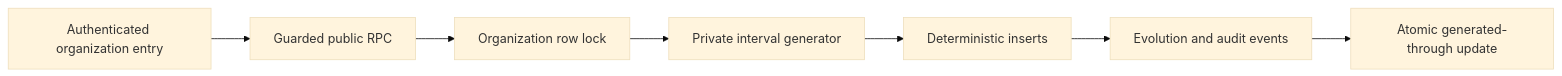
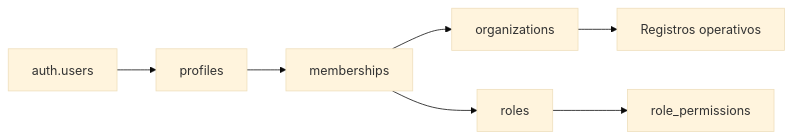
The second of 3 diagrams in docs/ARCHITECTURE.md (antoniojesusdelgado/management-platform-demo), drawn with Mermaid (base theme) before and after one commit. The commit also changed other lines of this file and 21 other files, not shown here.

````diff
--- a/docs/ARCHITECTURE.md
+++ b/docs/ARCHITECTURE.md
@@ -236,9 +72,9 @@
 ```mermaid
 flowchart LR
-  Route["Authenticated organization entry"] --> RPC["Guarded public RPC"]
-  RPC --> Lock["Organization row lock"]
-  Lock --> Private["Private interval generator"]
-  Private --> Append["Deterministic inserts"]
-  Append --> Audit["Evolution and audit events"]
-  Audit --> Horizon["Atomic generated-through update"]
+  identity["auth.users"] --> profile["profiles"]
+  profile --> membership["memberships"]
+  membership --> organization["organizations"]
+  membership --> role["roles"]
+  role --> permission["role_permissions"]
+  organization --> records["Registros operativos"]
 ```
````
